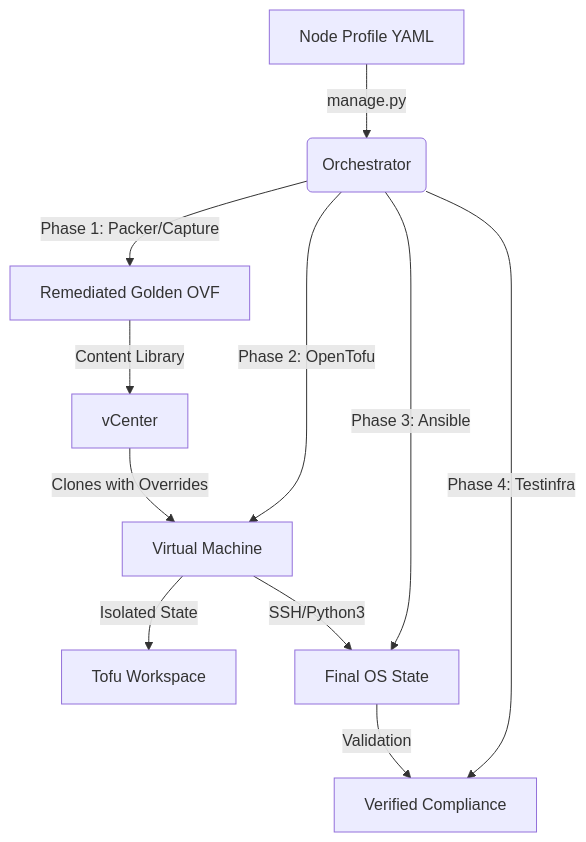
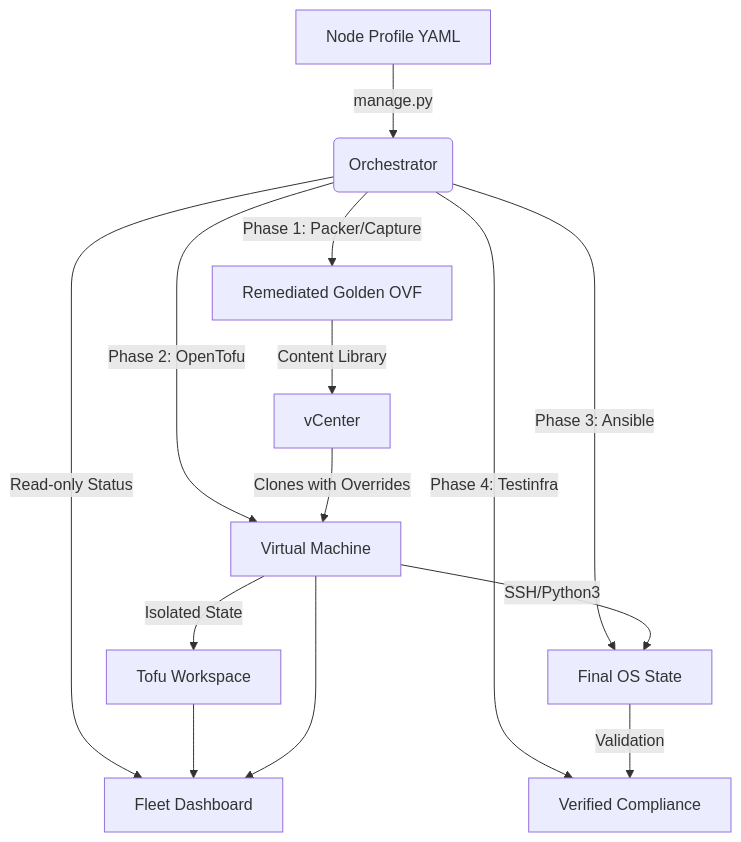
The diagram in docs/DESIGN.md (echoares-lab/homelab-gitops), drawn with Mermaid before and after one commit. The commit also changed other lines of this file and 22 other files, not shown here.

````diff
--- a/docs/DESIGN.md
+++ b/docs/DESIGN.md
@@ -9,13 +9,16 @@
 ```mermaid
 graph TD
     A[Node Profile YAML] -->|manage.py| B(Orchestrator)
     B -->|Phase 1: Packer/Capture| C[Remediated Golden OVF]
     C -->|Content Library| D[vCenter]
     B -->|Phase 2: OpenTofu| E[Virtual Machine]
     D -->|Clones with Overrides| E
     E -->|Isolated State| Workspace[Tofu Workspace]
     B -->|Phase 3: Ansible| F[Final OS State]
     E -->|SSH/Python3| F
     B -->|Phase 4: Testinfra| G[Verified Compliance]
     F -->|Validation| G
+    B -->|Read-only Status| H[Fleet Dashboard]
+    Workspace --> H
+    E --> H
 ```
````
